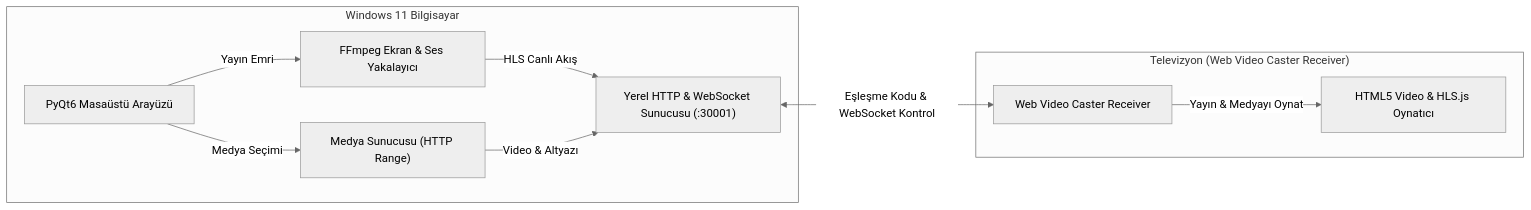
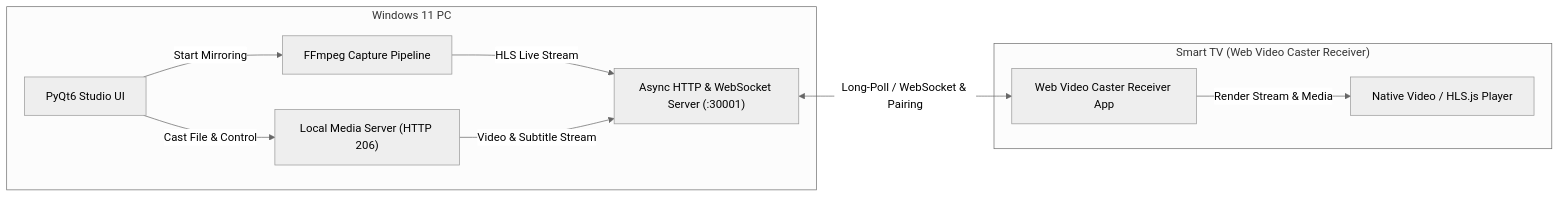
Before and after one commit to erennnys/wvc-screen-caster-win: the diagram in README.md, drawn with Mermaid (neutral theme). The commit also changed other lines of this file and 1 other file, not shown here.

````diff
--- a/README.md
+++ b/README.md
@@ -31,22 +44,22 @@
 ```mermaid
 flowchart LR
-    subgraph PC["Windows 11 Bilgisayar"]
-        UI["PyQt6 Masaüstü Arayüzü"]
-        Streamer["FFmpeg Ekran & Ses Yakalayıcı"]
-        Media["Medya Sunucusu (HTTP Range)"]
-        Server["Yerel HTTP & WebSocket Sunucusu (:30001)"]
+    subgraph PC["Windows 11 PC"]
+        UI["PyQt6 Studio UI"]
+        Streamer["FFmpeg Capture Pipeline"]
+        Media["Local Media Server (HTTP 206)"]
+        Server["Async HTTP & WebSocket Server (:30001)"]
     end
 
-    subgraph TV["Televizyon (Web Video Caster Receiver)"]
-        WVC["Web Video Caster Receiver"]
-        Player["HTML5 Video & HLS.js Oynatıcı"]
+    subgraph TV["Smart TV (Web Video Caster Receiver)"]
+        WVC["Web Video Caster Receiver App"]
+        Player["Native Video / HLS.js Player"]
     end
 
-    UI -->|Yayın Emri| Streamer
-    UI -->|Medya Seçimi| Media
-    Streamer -->|HLS Canlı Akış| Server
-    Media -->|Video & Altyazı| Server
+    UI -->|Start Mirroring| Streamer
+    UI -->|Cast File & Control| Media
+    Streamer -->|HLS Live Stream| Server
+    Media -->|Video & Subtitle Stream| Server
     
-    Server <-->|Eşleşme Kodu & WebSocket Kontrol| WVC
-    WVC -->|Yayın & Medyayı Oynat| Player
+    Server <-->|Long-Poll / WebSocket & Pairing| WVC
+    WVC -->|Render Stream & Media| Player
 ```
````
